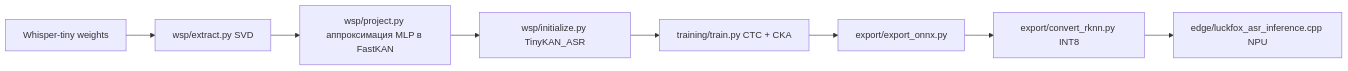
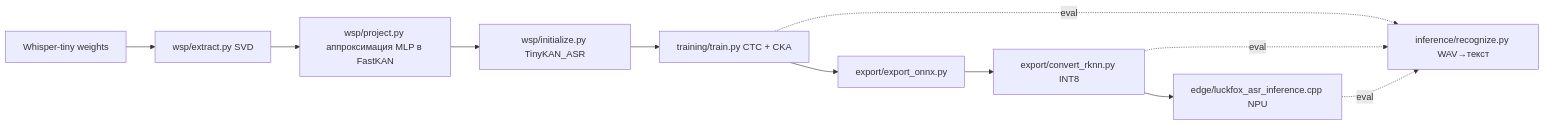
One commit to crazedr0m/asr-wsp-kan changed the diagram in docs/architecture.md. Above: the diagram before and after it, drawn with Mermaid. The commit also changed other lines of this file and 16 other files, not shown here.

````diff
--- a/docs/architecture.md
+++ b/docs/architecture.md
@@ -15,10 +15,13 @@
 ```mermaid
 graph LR
     A[Whisper-tiny weights] --> B[wsp/extract.py SVD]
     B --> C[wsp/project.py аппроксимация MLP в FastKAN]
     C --> D[wsp/initialize.py TinyKAN_ASR]
     D --> E[training/train.py CTC + CKA]
     E --> F[export/export_onnx.py]
     F --> G[export/convert_rknn.py INT8]
     G --> H[edge/luckfox_asr_inference.cpp NPU]
+    E -.eval.-> R[inference/recognize.py WAV→текст]
+    G -.eval.-> R
+    H -.eval.-> R
 ```
````
